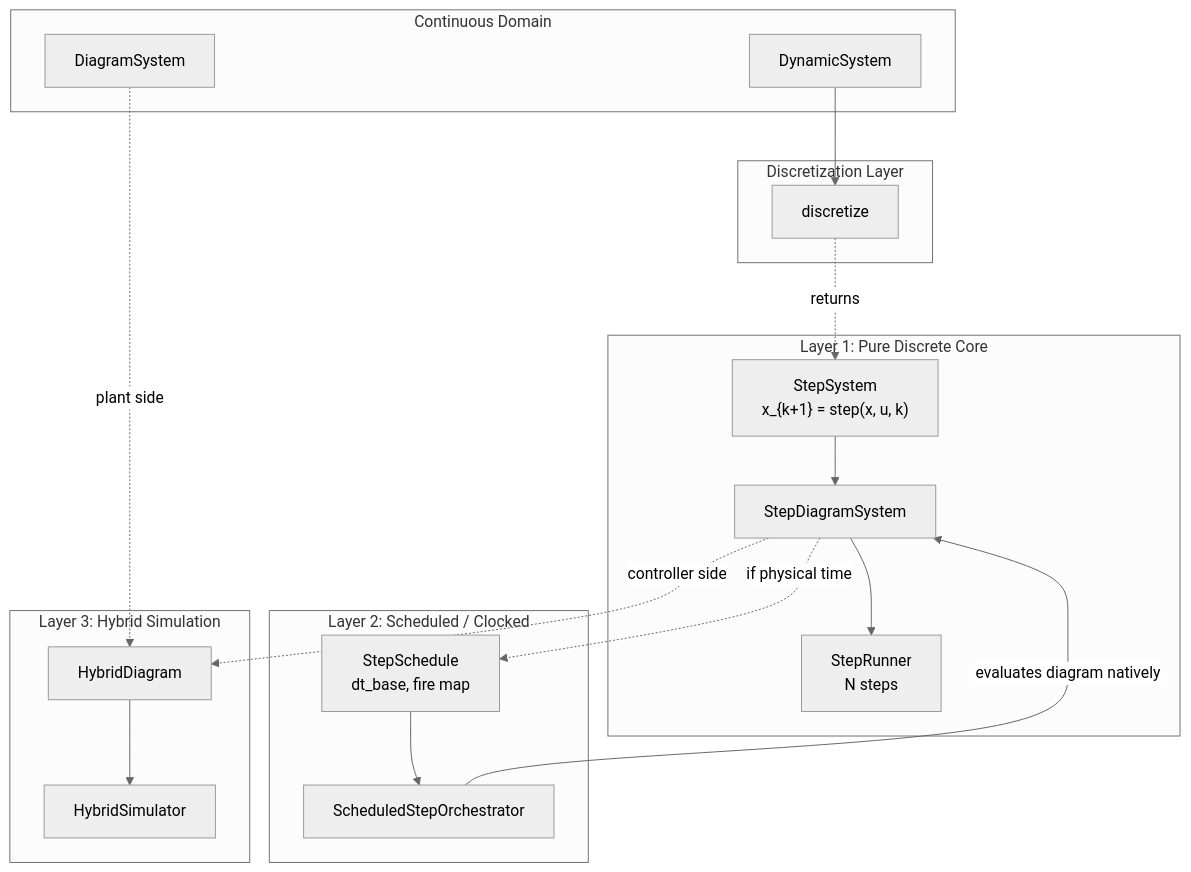
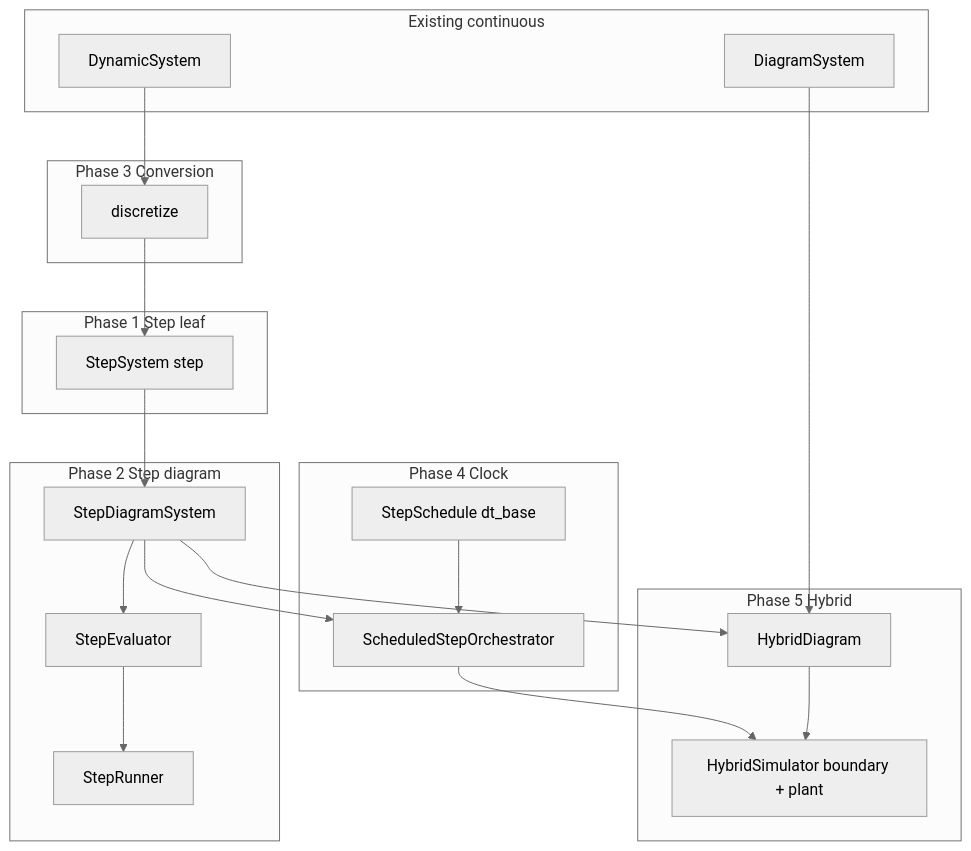
One commit to alx87grd/minilink changed the diagram in docs/plans/hybrid-discrete/00-master-plan.md. Above: the diagram before and after it, drawn with Mermaid (neutral theme). The commit also changed other lines of this file and 10 other files, not shown here.

````diff
--- a/docs/plans/hybrid-discrete/00-master-plan.md
+++ b/docs/plans/hybrid-discrete/00-master-plan.md
@@ -21,40 +25,41 @@
 ```mermaid
 flowchart TB
-    subgraph Continuous [Continuous Domain]
-        DS_C[DynamicSystem]
-        Diag_C[DiagramSystem]
+    subgraph P1 [Phase 1 Step leaf]
+        SS[StepSystem step]
     end
 
-    subgraph Conversion [Discretization Layer]
+    subgraph P2 [Phase 2 Step diagram]
+        SDS[StepDiagramSystem]
+        SE[StepEvaluator]
+        SR[StepRunner]
+    end
+
+    subgraph P3 [Phase 3 Conversion]
         DISC[discretize]
     end
 
-    subgraph Layer1 [Layer 1: Pure Discrete Core]
-        DS_D["StepSystem<br/>x_{k+1} = step(x, u, k)"]
-        Diag_D[StepDiagramSystem]
-        DSim[StepRunner<br/>N steps]
+    subgraph P4 [Phase 4 Clock]
+        SCH[StepSchedule dt_base]
+        ORCH[ScheduledStepOrchestrator]
     end
 
-    subgraph Layer2 [Layer 2: Scheduled / Clocked]
-        sched[StepSchedule<br/>dt_base, fire map]
-        orch[ScheduledStepOrchestrator]
+    subgraph P5 [Phase 5 Hybrid]
+        HD[HybridDiagram]
+        HS[HybridSimulator boundary + plant]
     end
 
-    subgraph Layer3 [Layer 3: Hybrid Simulation]
-        HybDiag[HybridDiagram]
-        HybSim[HybridSimulator]
+    subgraph Cont [Existing continuous]
+        DS[DynamicSystem]
+        DF[DiagramSystem]
     end
 
-    DS_C --> DISC
-    DS_D --> Diag_D
-    DISC -.->|returns| DS_D
-    Diag_D --> DSim
-    
-    Diag_D -.->|if physical time| sched
-    sched --> orch
-    orch -->|evaluates diagram natively| Diag_D
-    
-    Diag_D -.->|controller side| HybDiag
-    Diag_C -.->|plant side| HybDiag
-    HybDiag --> HybSim
+    SS --> SDS --> SE
+    SE --> SR
+    DS --> DISC --> SS
+    SDS --> ORCH
+    SCH --> ORCH
+    ORCH --> HS
+    SDS --> HD
+    DF --> HD
+    HD --> HS
 ```
````
